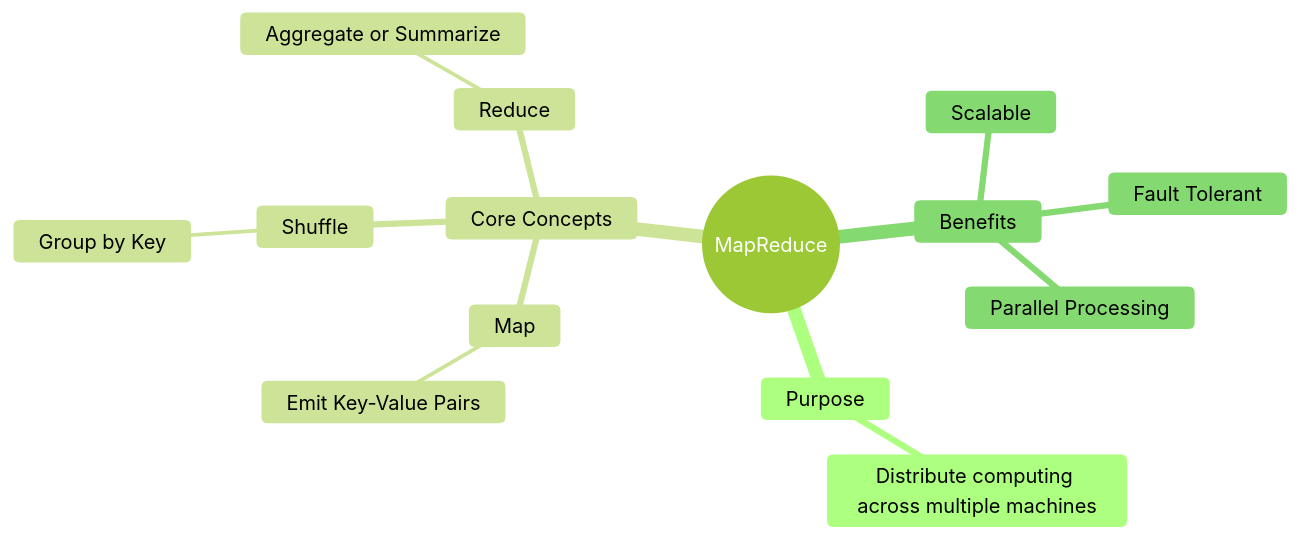
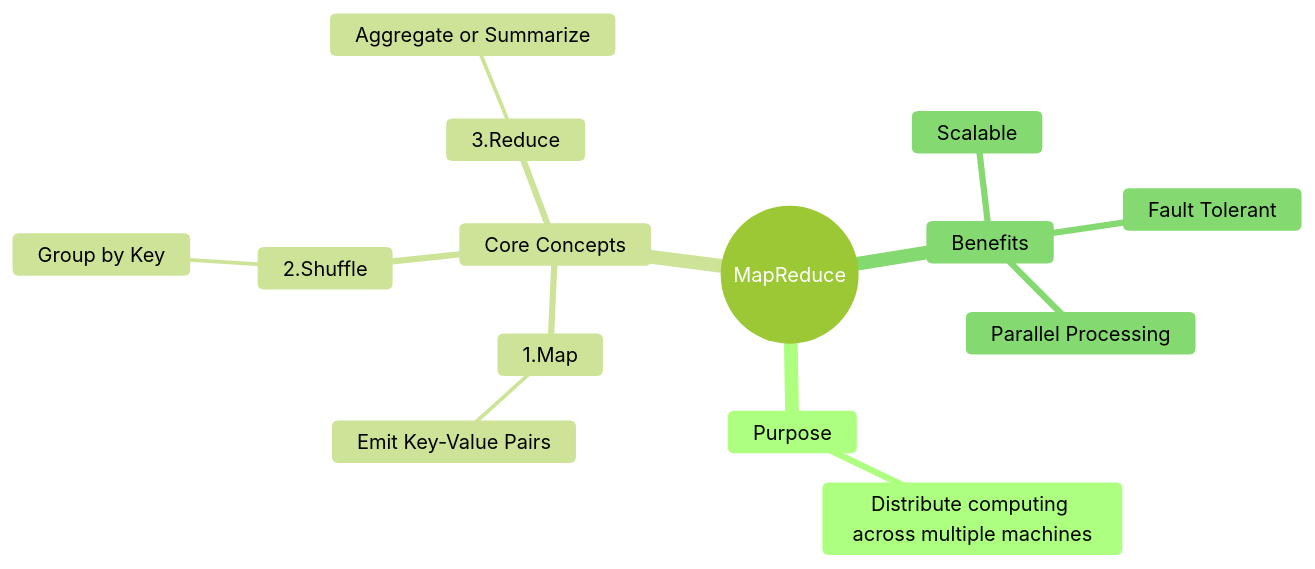
Before and after one commit to tech-magic/map-reduce-with-examples: the first of 6 diagrams in README.md, drawn with Mermaid (forest theme). The commit also changed other lines of this file, not shown here.

````diff
--- a/README.md
+++ b/README.md
@@ -10,17 +10,17 @@
 ```mermaid
 mindmap
   root((MapReduce))
     Purpose
       Distribute computing across multiple machines
     Core Concepts
-      Map
+      1.Map
         Emit Key-Value Pairs
-      Shuffle
+      2.Shuffle
         Group by Key
-      Reduce
+      3.Reduce
         Aggregate or Summarize
     Benefits
       Scalable
       Fault Tolerant
       Parallel Processing
 ```
````
